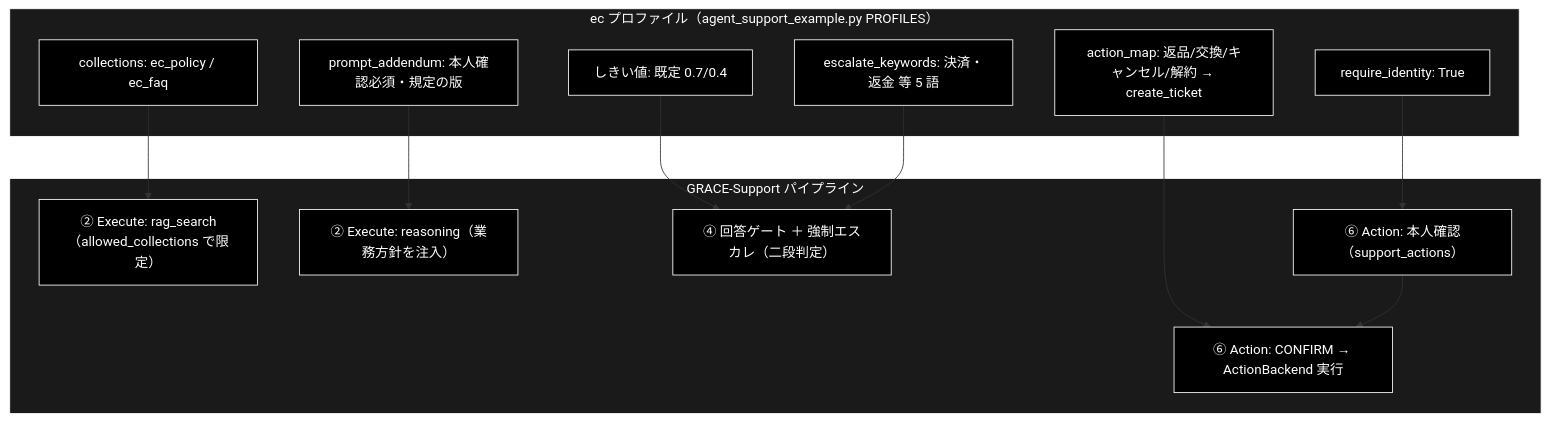
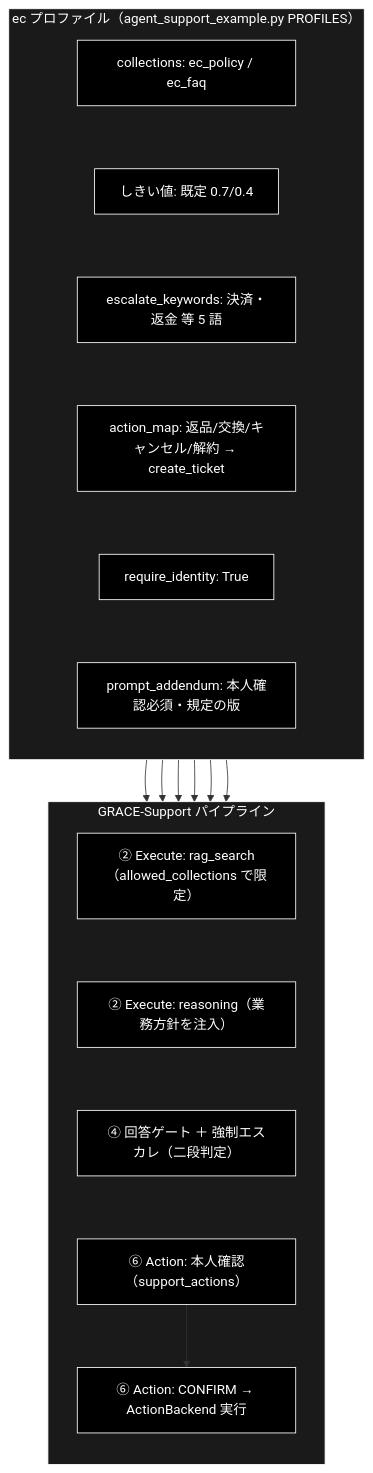
One commit to nakashima2toshio/anthropic_grace_agent_v2 changed the diagram in docs/vertical_ec.md. Above: the diagram before and after it, drawn with Mermaid. The commit also changed other lines of this file and 2 other files, not shown here.

Commit message:
docs(vertical): 適用ポイント図のノード配置を縦並びに変更（gov/saas/ec v1.1）
- 横並びレイアウトでノード内の文字が小さく読みにくかったため、
  各サブグラフに direction TB を指定し、不可視リンク（~~~）で
  ノードを縦一列に連結
- 3 ドキュメントとも Version 1.1・変更履歴を追記
- 黒背景・白文字の Mermaid 規約（classDef default fill:#000）は維持

Claude-Session: https://claude.ai/code/session_015SbebCbqbJRCSvF8U1FuZq

````diff
--- a/docs/vertical_ec.md
+++ b/docs/vertical_ec.md
@@ -46,30 +46,34 @@
 ```mermaid
 flowchart TB
     subgraph Profile["ec プロファイル（agent_support_example.py PROFILES）"]
+        direction TB
         COL["collections: ec_policy / ec_faq"]
         TH["しきい値: 既定 0.7/0.4"]
         KW["escalate_keywords: 決済・返金 等 5 語"]
         AM["action_map: 返品/交換/キャンセル/解約 → create_ticket"]
         RI["require_identity: True"]
         PA["prompt_addendum: 本人確認必須・規定の版"]
+        COL ~~~ TH ~~~ KW ~~~ AM ~~~ RI ~~~ PA
     end
     subgraph Pipeline["GRACE-Support パイプライン"]
+        direction TB
         RAG["② Execute: rag_search（allowed_collections で限定）"]
         REA["② Execute: reasoning（業務方針を注入）"]
         GATE["④ 回答ゲート ＋ 強制エスカレ（二段判定）"]
         IDV["⑥ Action: 本人確認（support_actions）"]
         ACT["⑥ Action: CONFIRM → ActionBackend 実行"]
+        RAG ~~~ REA ~~~ GATE ~~~ IDV
     end
     COL --> RAG
     PA --> REA
     TH --> GATE
     KW --> GATE
     AM --> ACT
     RI --> IDV
     IDV --> ACT
 classDef default fill:#000,stroke:#fff,color:#fff
 classDef subgraphStyle fill:#1a1a1a,stroke:#fff,color:#fff
 class COL,TH,KW,AM,RI,PA,RAG,REA,GATE,IDV,ACT default
 style Profile fill:#1a1a1a,stroke:#fff,color:#fff
 style Pipeline fill:#1a1a1a,stroke:#fff,color:#fff
 ```
````
